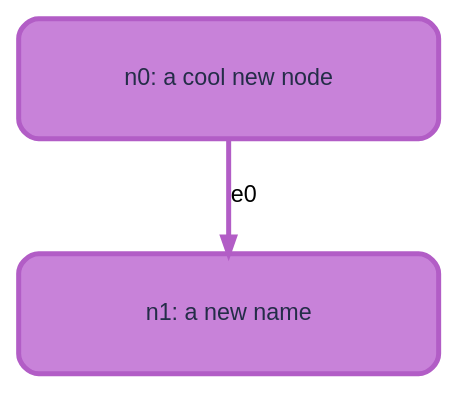
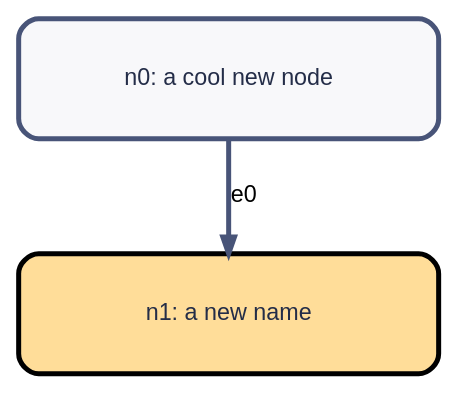
Before and after one commit to stevecooperorg/microdot: the diagram in examples/readme_example_1.dot, drawn with Graphviz. The commit also changed 13 other files, not shown here.

```diff
--- a/examples/readme_example_1.dot
+++ b/examples/readme_example_1.dot
@@ -1,12 +1,12 @@
 digraph {
 
     graph [fontname = "helvetica" rankdir=TB ranksep=0.75 nodesep=0.5];
-    node [fontname = "helvetica" style="filled,rounded" shape=box height=1 width=3.5 color="#b25dc6" fillcolor="#f7eff9" penwidth=3];
-    edge [fontname = "helvetica" penwidth=3 color="#b25dc6"];
+    node [fontname = "helvetica" style="filled,rounded" shape=box height=1 width=3.5 penwidth=3];
+    edge [fontname = "helvetica" penwidth=3 color="#485478"];
 
-    "n0" [label="n0: a cool new node" fillcolor="#C882D9" color="#B25DC6" fontcolor="#242D48"]
-    "n1" [label="n1: a new name" fillcolor="#C882D9" color="#B25DC6" fontcolor="#242D48"]
+    "n0" [label="n0: a cool new node" fillcolor="#F8F8FA" color="#485478" fontcolor="#242D48"]
+    "n1" [label="n1: a new name" fillcolor="#FFDD99" color="CC851F" fontcolor="#242D48"]
 
     "n0" -> "n1" [label="e0"];
 
 }
```
